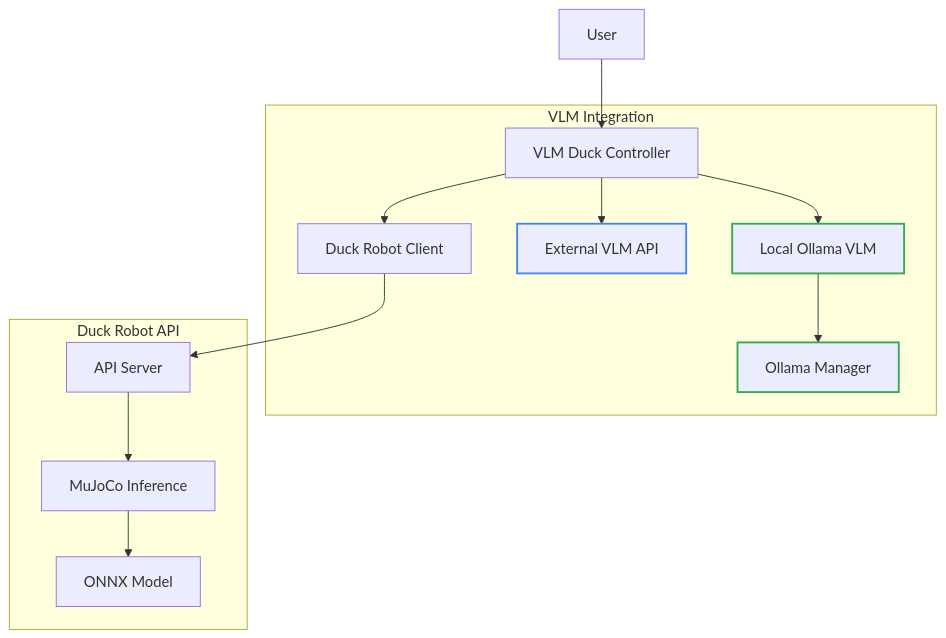
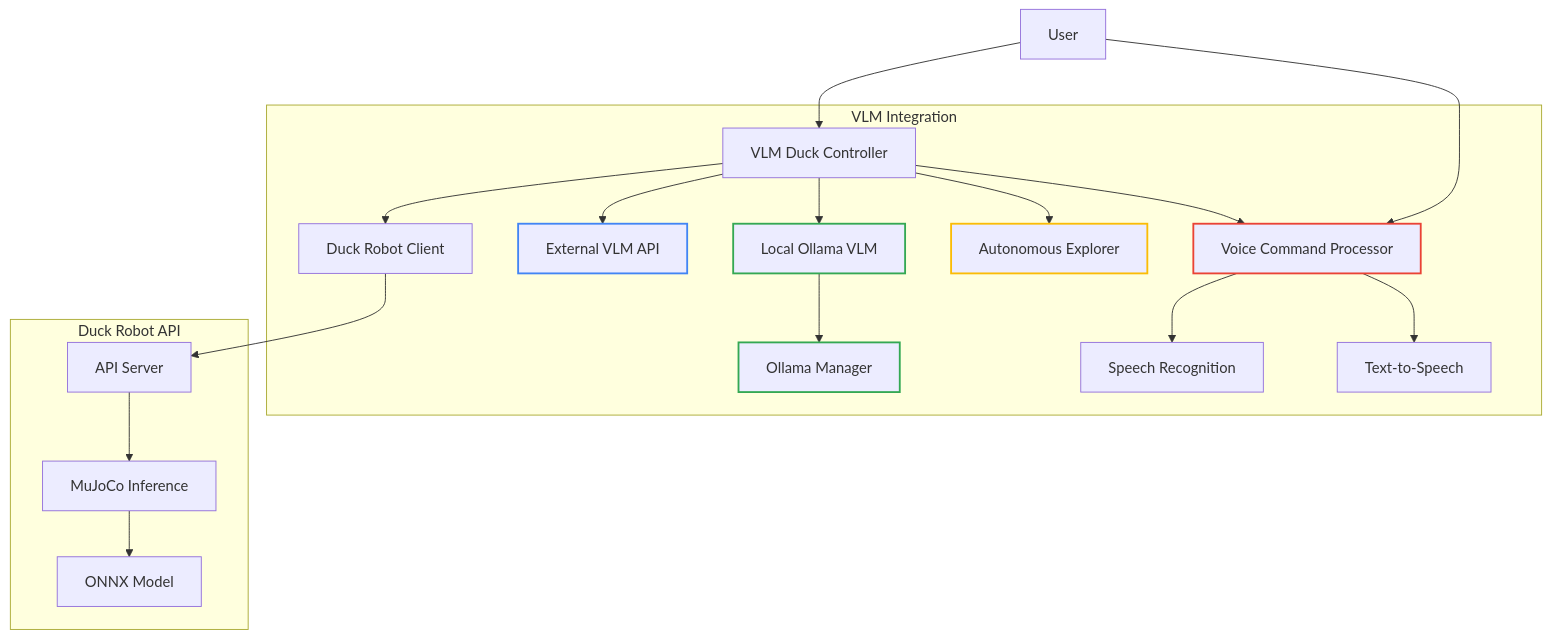
The first of 3 diagrams in README.md (Aronnaxx/d00t), drawn with Mermaid before and after one commit. The commit also changed other lines of this file and 4 other files, not shown here.

````diff
--- a/README.md
+++ b/README.md
@@ -14,19 +16,26 @@
 ```mermaid
 graph TD
     subgraph "VLM Integration"
         A[VLM Duck Controller] --> B[Duck Robot Client]
         A --> C1[External VLM API]
         A --> C2[Local Ollama VLM]
         C2 --> D[Ollama Manager]
+        A --> AE[Autonomous Explorer]
+        A --> VP[Voice Command Processor]
+        VP --> SR[Speech Recognition]
+        VP --> TTS[Text-to-Speech]
     end
     subgraph "Duck Robot API"
         B --> E[API Server]
         E --> F[MuJoCo Inference]
         F --> G[ONNX Model]
     end
     H[User] --> A
+    H --> VP
     
     style C1 stroke:#4285F4,stroke-width:2px
     style C2 stroke:#34A853,stroke-width:2px
     style D stroke:#34A853,stroke-width:2px
+    style VP stroke:#EA4335,stroke-width:2px
+    style AE stroke:#FBBC05,stroke-width:2px
 ```
````
